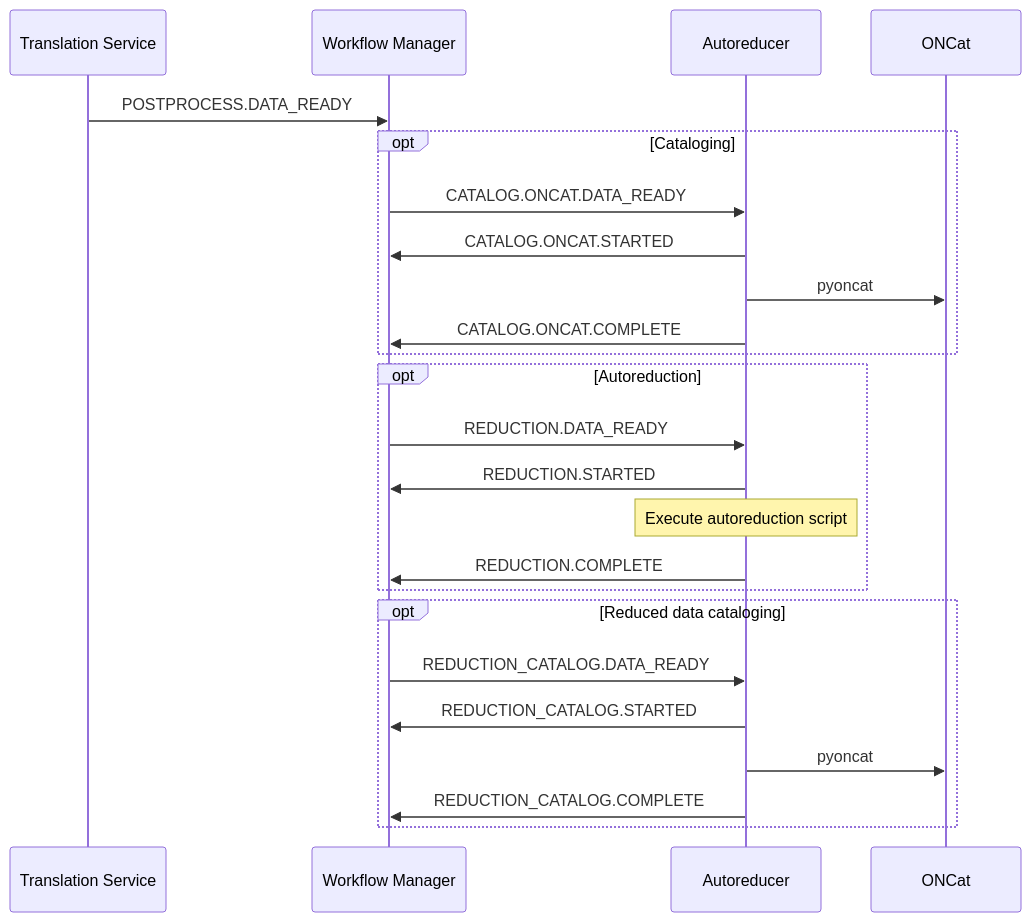
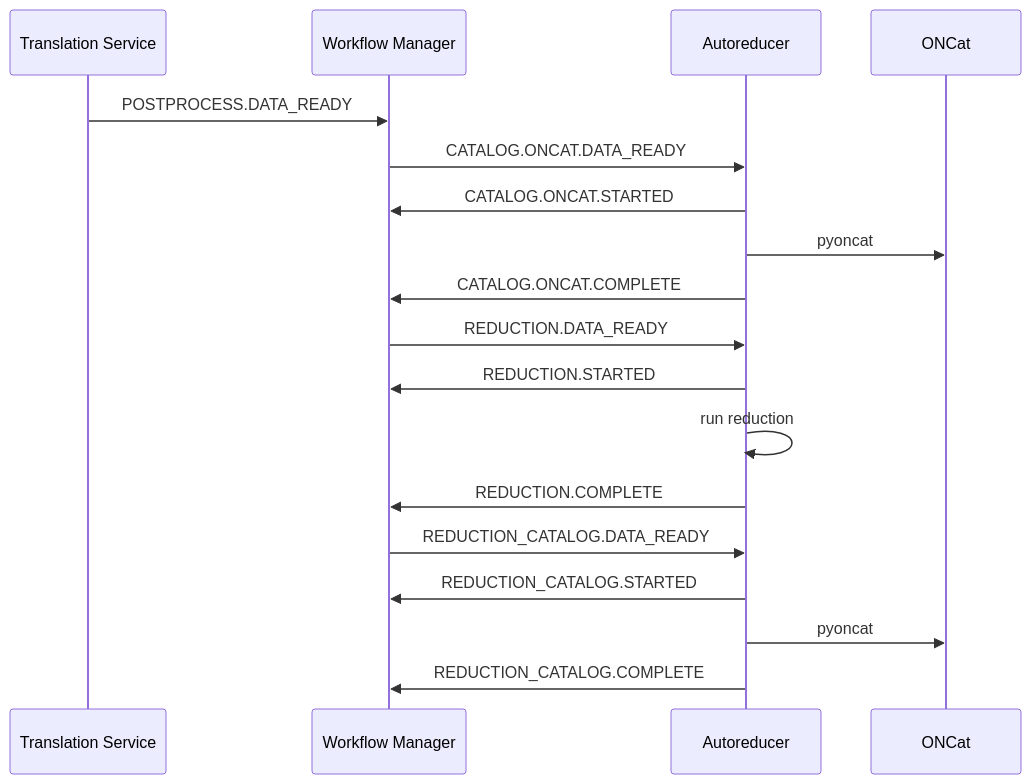
One commit to neutrons/data_workflow changed the first of 10 diagrams in docs/developer/design/communication_flows.rst. Above: the diagram before and after it, drawn with Mermaid. The commit also changed other lines of this file and 1 other file, not shown here.

```diff
--- a/docs/developer/design/communication_flows.rst
+++ b/docs/developer/design/communication_flows.rst
@@ -25,27 +25,21 @@
-    .. mermaid::
+.. mermaid::
 
-        sequenceDiagram
-            participant Translation Service
-            participant Workflow Manager
-            participant Autoreducer
-            participant ONCat
+    sequenceDiagram
+        participant Translation Service
+        participant Workflow Manager
+        participant Autoreducer
+        participant ONCat
 
-            Translation Service->>Workflow Manager: POSTPROCESS.DATA_READY
-            opt Cataloging
-                Workflow Manager->>Autoreducer: CATALOG.ONCAT.DATA_READY
-                Autoreducer->>Workflow Manager: CATALOG.ONCAT.STARTED
-                Autoreducer->>ONCat: pyoncat
-                Autoreducer->>Workflow Manager: CATALOG.ONCAT.COMPLETE
-            end
-            opt Autoreduction
-                Workflow Manager->>Autoreducer: REDUCTION.DATA_READY
-                Autoreducer->>Workflow Manager: REDUCTION.STARTED
-                Note over Autoreducer: Execute autoreduction script
-                Autoreducer->>Workflow Manager: REDUCTION.COMPLETE
-            end
-            opt Reduced data cataloging
-                Workflow Manager->>Autoreducer: REDUCTION_CATALOG.DATA_READY
-                Autoreducer->>Workflow Manager: REDUCTION_CATALOG.STARTED
-                Autoreducer->>ONCat: pyoncat
-                Autoreducer->>Workflow Manager: REDUCTION_CATALOG.COMPLETE
-            end
+        Translation Service->>Workflow Manager: POSTPROCESS.DATA_READY
+        Workflow Manager->>Autoreducer: CATALOG.ONCAT.DATA_READY
+        Autoreducer->>Workflow Manager: CATALOG.ONCAT.STARTED
+        Autoreducer->>ONCat: pyoncat
+        Autoreducer->>Workflow Manager: CATALOG.ONCAT.COMPLETE
+        Workflow Manager->>Autoreducer: REDUCTION.DATA_READY
+        Autoreducer->>Workflow Manager: REDUCTION.STARTED
+        Autoreducer->>Autoreducer: run reduction
+        Autoreducer->>Workflow Manager: REDUCTION.COMPLETE
+        Workflow Manager->>Autoreducer: REDUCTION_CATALOG.DATA_READY
+        Autoreducer->>Workflow Manager: REDUCTION_CATALOG.STARTED
+        Autoreducer->>ONCat: pyoncat
+        Autoreducer->>Workflow Manager: REDUCTION_CATALOG.COMPLETE
```
